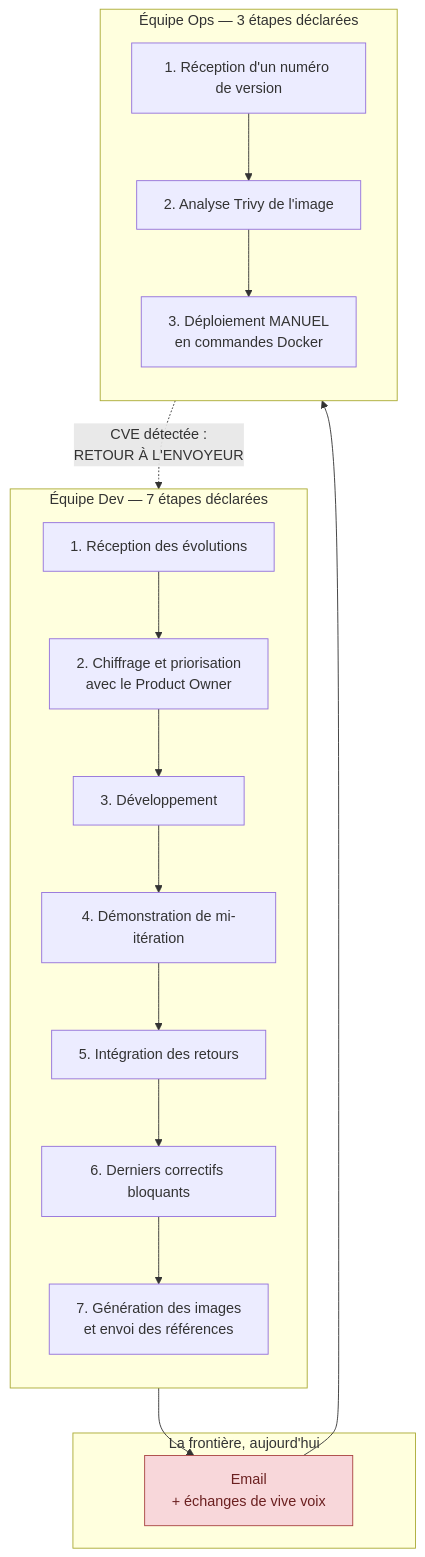
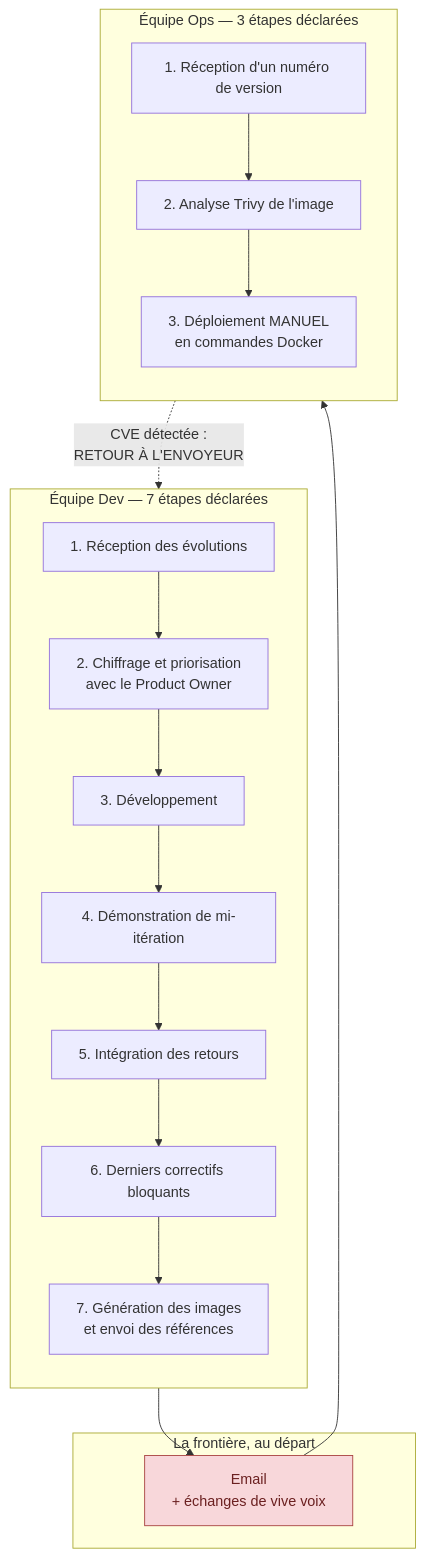
The diagram in docs/schemas/cycle-release-actuel.mmd (TedPasquiet/G-rez-le-cycle-de-vie-de-d-veloppement-logiciel), drawn with Mermaid before and after one commit. The commit also changed 27 other files, not shown here.

```diff
--- a/docs/schemas/cycle-release-actuel.mmd
+++ b/docs/schemas/cycle-release-actuel.mmd
@@ -1,32 +1,33 @@
-%% Schéma — Le cycle de release actuel, tel que décrit par les deux équipes.
+%% Schéma — Le cycle de release de départ, tel que décrit par les deux équipes
+%% (état initial relevé par l'audit).
 %% Source versionnée du bloc Mermaid de docs/plan-optimisation-release.md §1.1.
 %% 7 étapes Dev, 3 étapes Ops, et entre les deux : un email. Le retour à
 %% l'envoyeur après scan Trivy est l'irritant cité par les deux équipes.
 flowchart TB
     subgraph DEV["Équipe Dev — 7 étapes déclarées"]
         direction TB
         d1["1. Réception des évolutions"]
         d2["2. Chiffrage et priorisation<br/>avec le Product Owner"]
         d3["3. Développement"]
         d4["4. Démonstration de mi-itération"]
         d5["5. Intégration des retours"]
         d6["6. Derniers correctifs bloquants"]
         d7["7. Génération des images<br/>et envoi des références"]
         d1 --> d2 --> d3 --> d4 --> d5 --> d6 --> d7
     end
 
-    subgraph MUR["La frontière, aujourd'hui"]
+    subgraph MUR["La frontière, au départ"]
         m1["Email<br/>+ échanges de vive voix"]:::pain
     end
 
     subgraph OPS["Équipe Ops — 3 étapes déclarées"]
         direction TB
         o1["1. Réception d'un numéro de version"]
         o2["2. Analyse Trivy de l'image"]
         o3["3. Déploiement MANUEL<br/>en commandes Docker"]
         o1 --> o2 --> o3
     end
 
     d7 --> m1 --> o1
     o2 -. "CVE détectée :<br/>RETOUR À L'ENVOYEUR" .-> d6
     classDef pain fill:#f8d7da,stroke:#a94442,color:#6b2020
```
